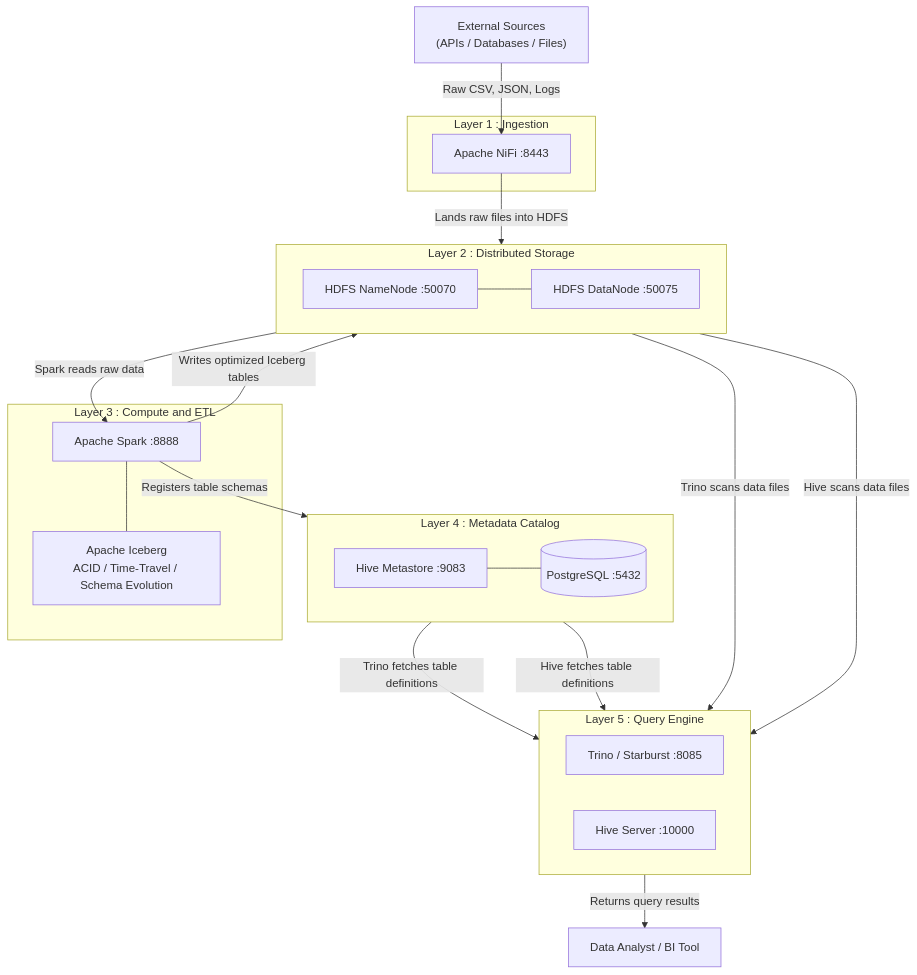
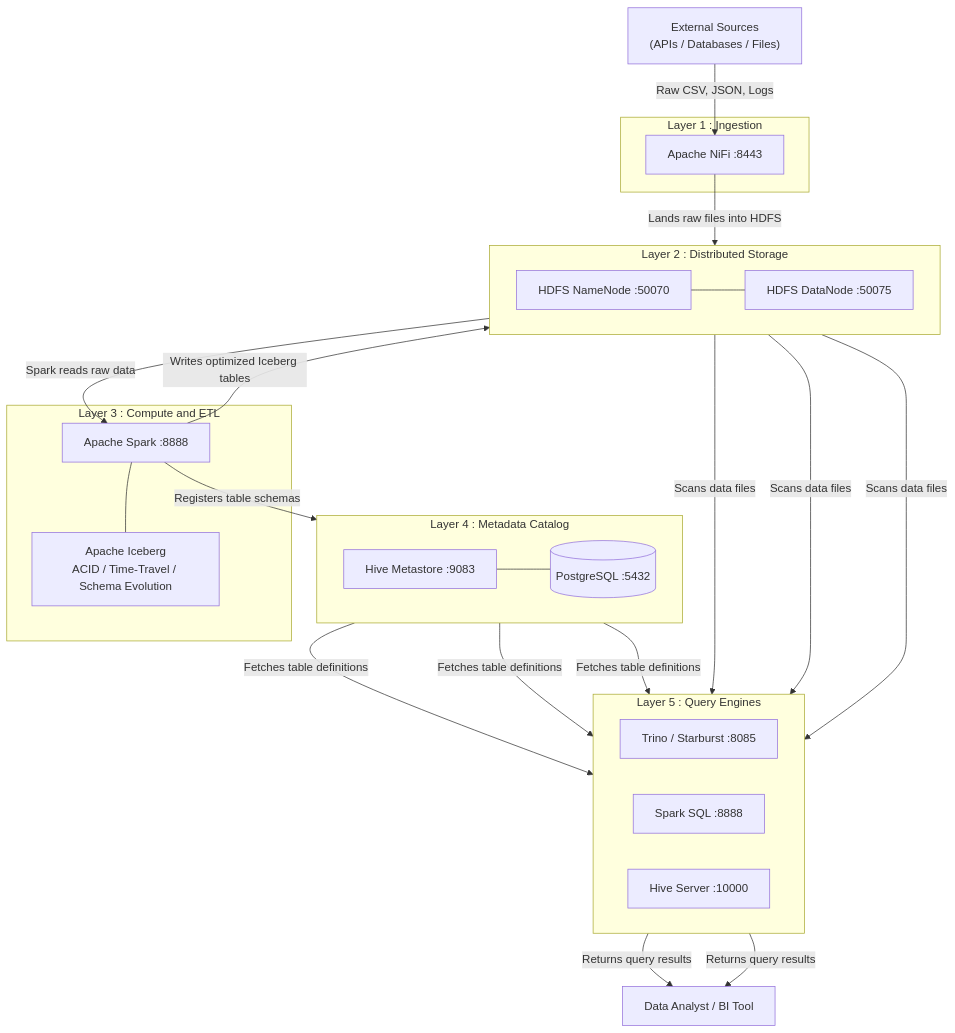
One commit to EbEmad/BigData changed the diagram in hadoop-hive-processing/README.md. Above: the diagram before and after it, drawn with Mermaid. The commit also changed other lines of this file, not shown here.

Commit message:
update reamde

````diff
--- a/hadoop-hive-processing/README.md
+++ b/hadoop-hive-processing/README.md
@@ -15,47 +15,51 @@
 ```mermaid
 flowchart TB
     ExternalSources["External Sources<br>(APIs / Databases / Files)"]
 
     subgraph L1 ["Layer 1 : Ingestion"]
         NiFi["Apache NiFi :8443"]
     end
 
     subgraph L2 ["Layer 2 : Distributed Storage"]
         direction LR
         NN["HDFS NameNode :50070"]
         DN["HDFS DataNode :50075"]
         NN --- DN
     end
 
     subgraph L3 ["Layer 3 : Compute and ETL"]
         Spark["Apache Spark :8888"]
         IcebergFmt["Apache Iceberg<br>ACID / Time-Travel / Schema Evolution"]
         Spark --- IcebergFmt
     end
 
     subgraph L4 ["Layer 4 : Metadata Catalog"]
         direction LR
         HMS["Hive Metastore :9083"]
         PG[("PostgreSQL :5432")]
         HMS --- PG
     end
 
-    subgraph L5 ["Layer 5 : Query Engine"]
+    subgraph L5 ["Layer 5 : Query Engines"]
         direction LR
         Trino["Trino / Starburst :8085"]
+        SparkSQL["Spark SQL :8888"]
         HiveS["Hive Server :10000"]
     end
 
     Analyst["Data Analyst / BI Tool"]
 
     ExternalSources -- "Raw CSV, JSON, Logs" --> NiFi
     NiFi -- "Lands raw files into HDFS" --> NN
     NN -- "Spark reads raw data" --> Spark
     Spark -- "Writes optimized Iceberg tables" --> NN
     Spark -- "Registers table schemas" --> HMS
-    HMS -- "Trino fetches table definitions" --> Trino
-    NN -- "Trino scans data files" --> Trino
-    HMS -- "Hive fetches table definitions" --> HiveS
-    NN -- "Hive scans data files" --> HiveS
+    HMS -- "Fetches table definitions" --> Trino
+    HMS -- "Fetches table definitions" --> SparkSQL
+    HMS -- "Fetches table definitions" --> HiveS
+    NN -- "Scans data files" --> Trino
+    NN -- "Scans data files" --> SparkSQL
+    NN -- "Scans data files" --> HiveS
     Trino -- "Returns query results" --> Analyst
+    SparkSQL -- "Returns query results" --> Analyst
 ```
````
